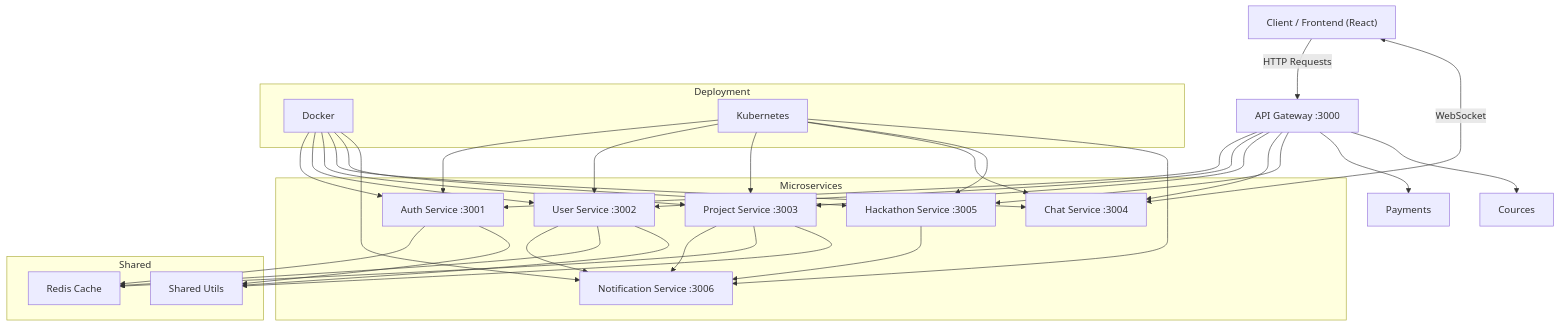
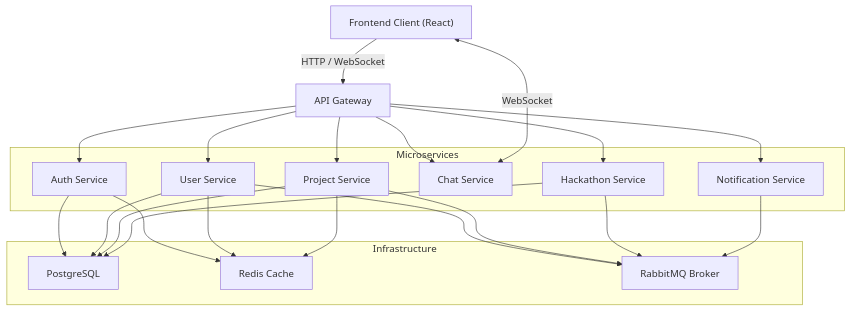
Before and after one commit to rishabh1230/SkillSync: the diagram in README.md, drawn with Mermaid. The commit also changed other lines of this file, not shown here.

````diff
--- a/README.md
+++ b/README.md
@@ -8,60 +77,44 @@
 ```mermaid
 flowchart TD
 
-    Client["Client / Frontend (React)"] -->|HTTP Requests| Gateway["API Gateway :3000"]
+    Client["Frontend Client (React)"]
+        -->|HTTP / WebSocket| Gateway["API Gateway"]
 
     subgraph Microservices
-        Auth["Auth Service :3001"]
-        User["User Service :3002"]
-        Project["Project Service :3003"]
-        Chat["Chat Service :3004"]
-        Hackathon["Hackathon Service :3005"]
-        Notification["Notification Service :3006"]
+        Auth["Auth Service"]
+        User["User Service"]
+        Project["Project Service"]
+        Chat["Chat Service"]
+        Hackathon["Hackathon Service"]
+        Notification["Notification Service"]
     end
 
     Gateway --> Auth
     Gateway --> User
     Gateway --> Project
     Gateway --> Chat
     Gateway --> Hackathon
-    Gateway --> Payments
-    Gateway --> Cources
+    Gateway --> Notification
 
-    User --> Notification
-    Project --> Notification
-    Hackathon --> Notification
+    subgraph Infrastructure
+        PostgreSQL["PostgreSQL"]
+        Redis["Redis Cache"]
+        RabbitMQ["RabbitMQ Broker"]
+    end
 
-    Chat <-->|WebSocket| Client
-
-    subgraph Shared
-        Redis["Redis Cache"]
-        Utils["Shared Utils"]
-    end
+    Auth --> PostgreSQL
+    User --> PostgreSQL
+    Project --> PostgreSQL
+    Hackathon --> PostgreSQL
 
     Auth --> Redis
     User --> Redis
     Project --> Redis
 
-    Auth --> Utils
-    User --> Utils
-    Project --> Utils
+    User --> RabbitMQ
+    Project --> RabbitMQ
+    Hackathon --> RabbitMQ
+    Notification --> RabbitMQ
 
-    subgraph Deployment
-        Docker["Docker"]
-        K8s["Kubernetes"]
-    end
-
-    Docker --> Auth
-    Docker --> User
-    Docker --> Project
-    Docker --> Chat
-    Docker --> Hackathon
-    Docker --> Notification
-
-    K8s --> Auth
-    K8s --> User
-    K8s --> Project
-    K8s --> Chat
-    K8s --> Hackathon
-    K8s --> Notification
+    Chat <-->|WebSocket| Client
 ```
````
